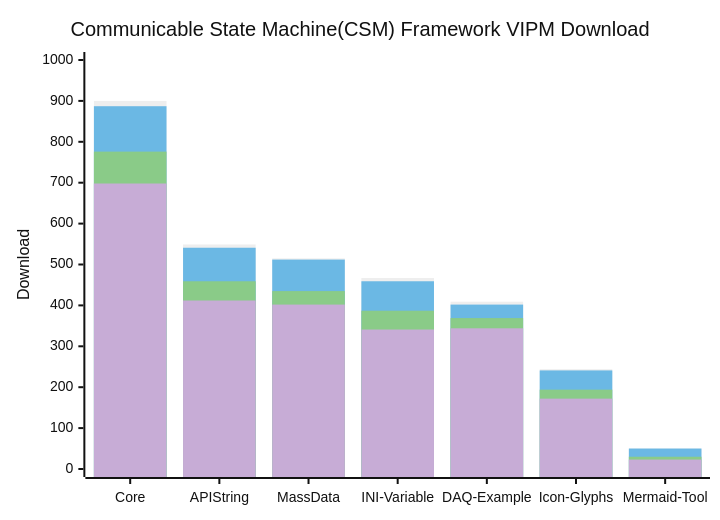
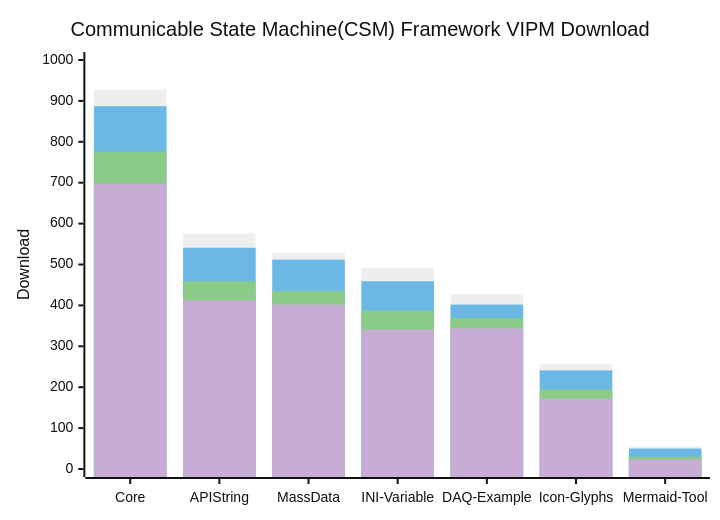
Before and after one commit to NEVSTOP-LAB/.github: the diagram in profile/README.md, drawn with Mermaid (neutral theme).

````diff
--- a/profile/README.md
+++ b/profile/README.md
@@ -27,10 +27,10 @@
 ```mermaid
     xychart-beta
     title "Communicable State Machine(CSM) Framework VIPM Download"
     x-axis [Core, API String, MassData, INI-Variable, DAQ-Example, Icon-Glyphs, Mermaid-Tool]
     y-axis "Download" 0 --> 1000
-    bar   [900, 549, 515, 467, 409, 244, 50]
+    bar   [927, 576, 529, 491, 427, 256, 55]
     bar   [887, 541, 512, 459, 402, 241, 50]
     bar   [776, 459, 435, 387, 369, 194, 30]
     bar   [698, 412, 402, 341, 344, 172, 23]
 ```
````
